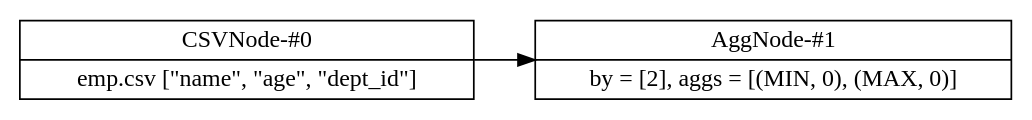
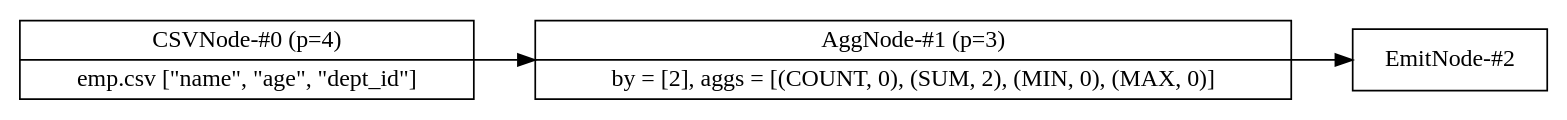
One commit to adarshpannu/kona changed the diagram in src/data/flow.dot. Above: the diagram before and after it, drawn with Graphviz. The commit also changed 3 other files, not shown here.

```diff
--- a/src/data/flow.dot
+++ b/src/data/flow.dot
@@ -1,9 +1,11 @@
 digraph example1 {
     node [shape=record];
     rankdir=LR;
     splines=polyline;
     nodesep=0.5;
-    Node0[label="CSVNode-#0|emp.csv [\"name\", \"age\", \"dept_id\"]"];
-    Node1[label="AggNode-#1|by = [2], aggs = [(MIN, 0), (MAX, 0)]"];
+    Node0[label="CSVNode-#0 (p=4)|emp.csv [\"name\", \"age\", \"dept_id\"]"];
+    Node1[label="AggNode-#1 (p=3)|by = [2], aggs = [(COUNT, 0), (SUM, 2), (MIN, 0), (MAX, 0)]"];
     Node0 -> Node1;
+    Node2[label="EmitNode-#2"];
+    Node1 -> Node2;
 }
```
